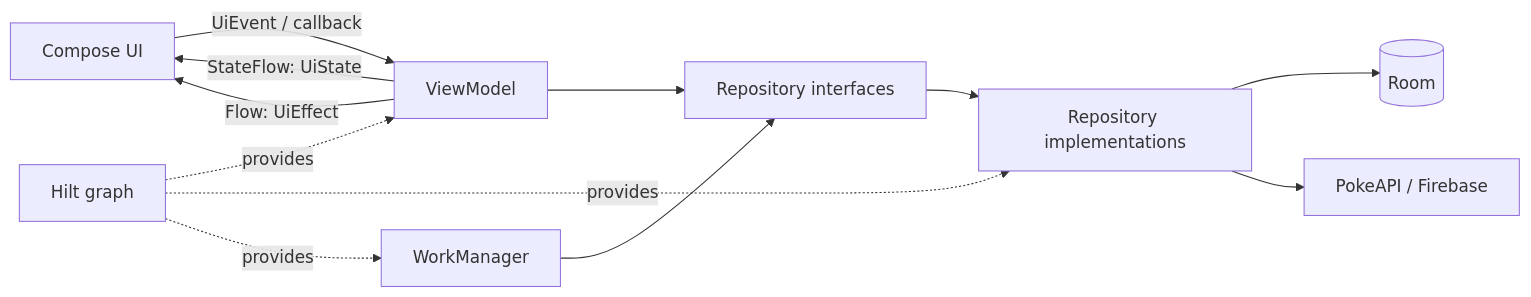
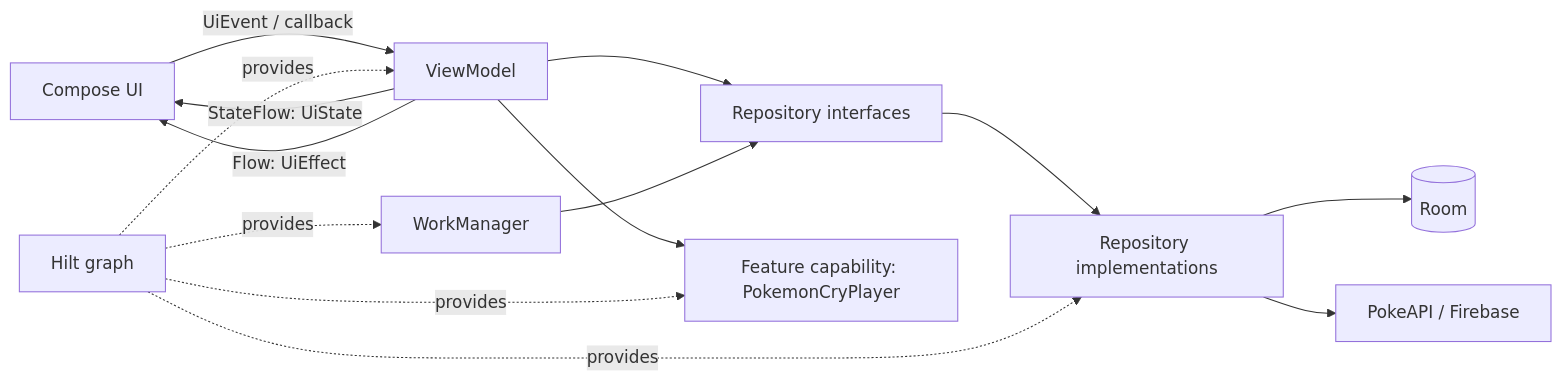
Before and after one commit to MatteoSomensi/pokedex: the first of 4 diagrams in README.md, drawn with Mermaid. The commit also changed other lines of this file and 27 other files, not shown here.

````diff
--- a/README.md
+++ b/README.md
@@ -90,14 +90,16 @@
 ```mermaid
 flowchart LR
     UI[Compose UI] -->|UiEvent / callback| VM[ViewModel]
     VM -->|StateFlow: UiState| UI
     VM -->|Flow: UiEffect| UI
     VM --> CONTRACT[Repository interfaces]
+    VM --> PLAYER[Feature capability: PokemonCryPlayer]
     CONTRACT --> IMPL[Repository implementations]
     IMPL --> ROOM[(Room)]
     IMPL --> API[PokeAPI / Firebase]
     WORK[WorkManager] --> CONTRACT
     HILT[Hilt graph] -.provides.-> VM
+    HILT -.provides.-> PLAYER
     HILT -.provides.-> IMPL
     HILT -.provides.-> WORK
 ```
````
